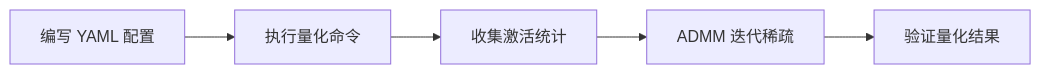
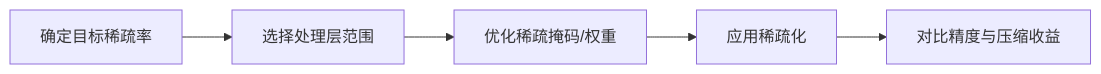
One commit to mindstudio-docs/master changed the diagram in msmodelslim/docs/zh/knowledge_base/quantization_algorithms/float_sparse/usage_float_sparse.md. Above: the diagram before and after it, drawn with Mermaid. The commit also changed other lines of this file and 73 other files, not shown here.

````diff
--- a/msmodelslim/docs/zh/knowledge_base/quantization_algorithms/float_sparse/usage_float_sparse.md
+++ b/msmodelslim/docs/zh/knowledge_base/quantization_algorithms/float_sparse/usage_float_sparse.md
@@ -43,7 +24,7 @@
 ```mermaid
 flowchart LR
-    A[编写 YAML 配置] --> B[执行量化命令]
-    B --> C[收集激活统计]
-    C --> D[ADMM 迭代稀疏]
-    D --> E[验证量化结果]
+    A[确定目标稀疏率] --> B[选择处理层范围]
+    B[选择处理层范围] --> C[优化稀疏掩码/权重]
+    C[优化稀疏掩码/权重] --> D[应用稀疏化]
+    D[应用稀疏化] --> E[对比精度与压缩收益]
 ```
````
